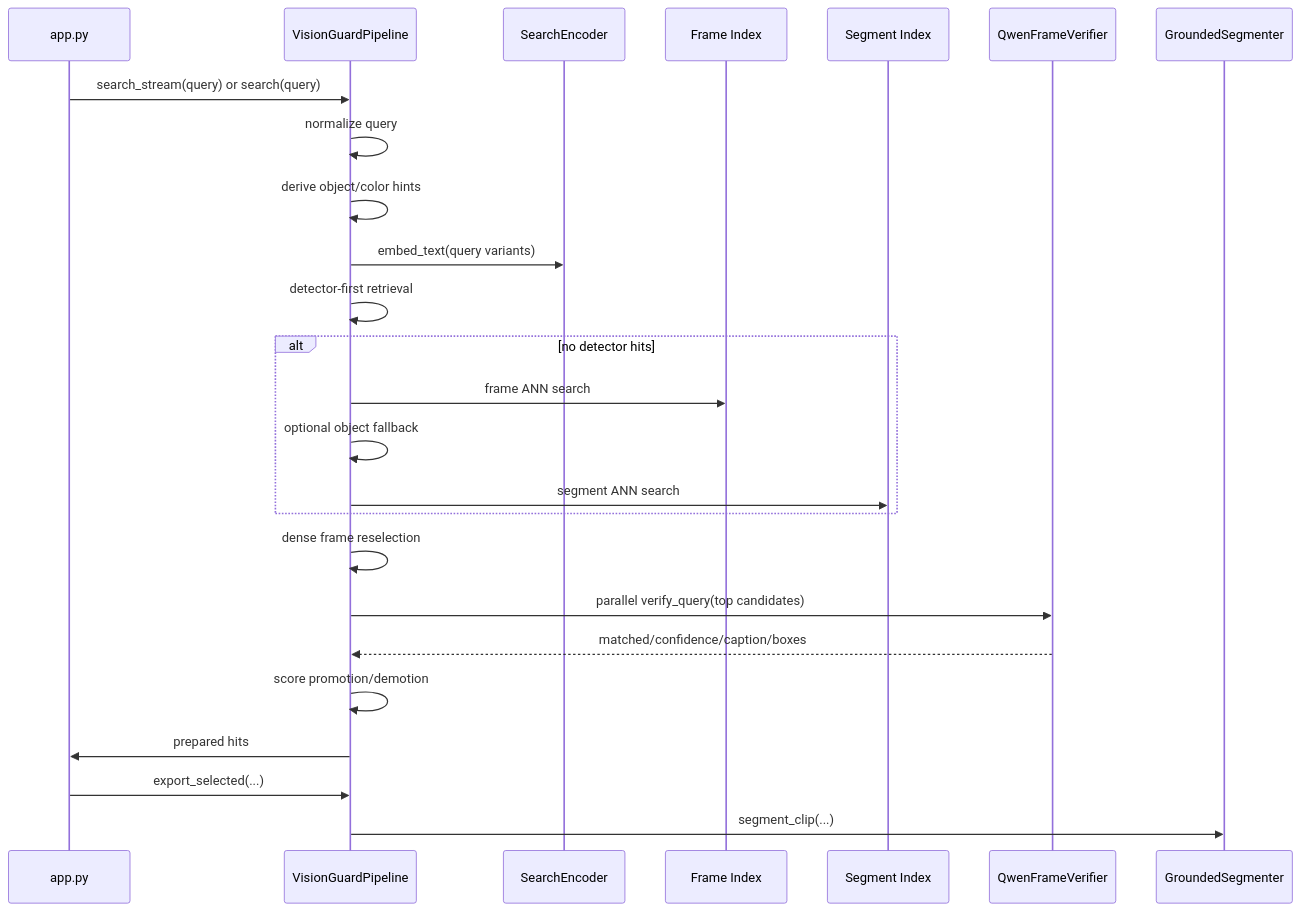
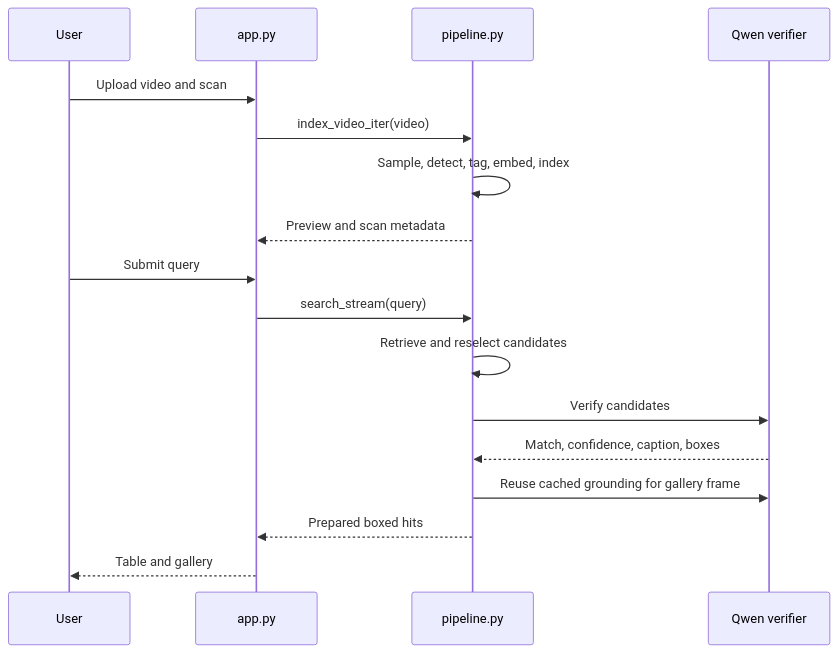
One commit to priyansupattanaik/vg-testing changed the second of 2 diagrams in PROJECT_DOCUMENTATION.md. Above: the diagram before and after it, drawn with Mermaid. The commit also changed other lines of this file and 12 other files, not shown here.

````diff
--- a/PROJECT_DOCUMENTATION.md
+++ b/PROJECT_DOCUMENTATION.md
@@ -248,28 +25,20 @@
 ```mermaid
 sequenceDiagram
+    participant U as User
     participant UI as app.py
-    participant PIPE as VisionGuardPipeline
-    participant ENC as SearchEncoder
-    participant FIDX as Frame Index
-    participant SIDX as Segment Index
-    participant VER as QwenFrameVerifier
-    participant SEG as GroundedSegmenter
+    participant P as pipeline.py
+    participant V as Qwen verifier
 
-    UI->>PIPE: search_stream(query) or search(query)
-    PIPE->>PIPE: normalize query
-    PIPE->>PIPE: derive object/color hints
-    PIPE->>ENC: embed_text(query variants)
-    PIPE->>PIPE: detector-first retrieval
-    alt no detector hits
-        PIPE->>FIDX: frame ANN search
-        PIPE->>PIPE: optional object fallback
-        PIPE->>SIDX: segment ANN search
-    end
-    PIPE->>PIPE: dense frame reselection
-    PIPE->>VER: parallel verify_query(top candidates)
-    VER-->>PIPE: matched/confidence/caption/boxes
-    PIPE->>PIPE: score promotion/demotion
-    PIPE->>UI: prepared hits
-    UI->>PIPE: export_selected(...)
-    PIPE->>SEG: segment_clip(...)
+    U->>UI: Upload video and scan
+    UI->>P: index_video_iter(video)
+    P->>P: Sample, detect, tag, embed, index
+    P-->>UI: Preview and scan metadata
+    U->>UI: Submit query
+    UI->>P: search_stream(query)
+    P->>P: Retrieve and reselect candidates
+    P->>V: Verify candidates
+    V-->>P: Match, confidence, caption, boxes
+    P->>V: Reuse cached grounding for gallery frame
+    P-->>UI: Prepared boxed hits
+    UI-->>U: Table and gallery
 ```
````
